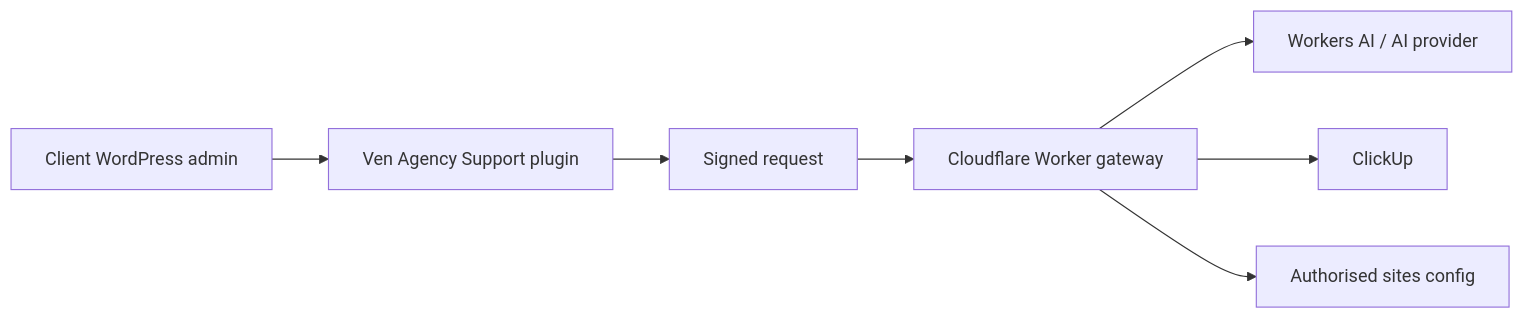
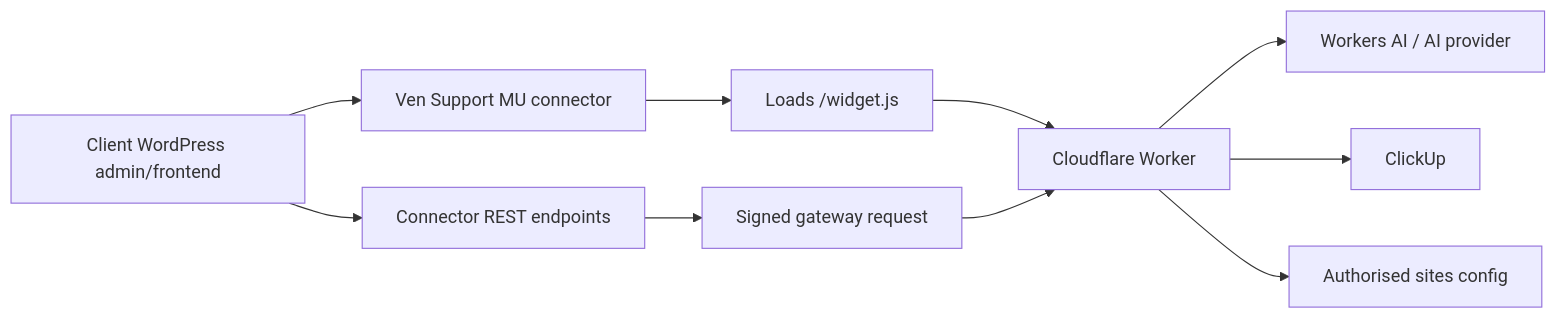
One commit to venagency/ven-agency-support changed the diagram in README.md. Above: the diagram before and after it, drawn with Mermaid. The commit also changed other lines of this file and 14 other files, not shown here.

Commit message:
Add WordPress MU connector widget

````diff
--- a/README.md
+++ b/README.md
@@ -23,9 +24,12 @@
 ```mermaid
 flowchart LR
-  A["Client WordPress admin"] --> B["Ven Agency Support plugin"]
-  B --> C["Signed request"]
-  C --> D["Cloudflare Worker gateway"]
-  D --> E["Workers AI / AI provider"]
-  D --> F["ClickUp"]
-  D --> G["Authorised sites config"]
+  A["Client WordPress admin/frontend"] --> B["Ven Support MU connector"]
+  B --> C["Loads /widget.js"]
+  C --> D["Cloudflare Worker"]
+  A --> E["Connector REST endpoints"]
+  E --> F["Signed gateway request"]
+  F --> D
+  D --> G["Workers AI / AI provider"]
+  D --> H["ClickUp"]
+  D --> I["Authorised sites config"]
 ```
````
